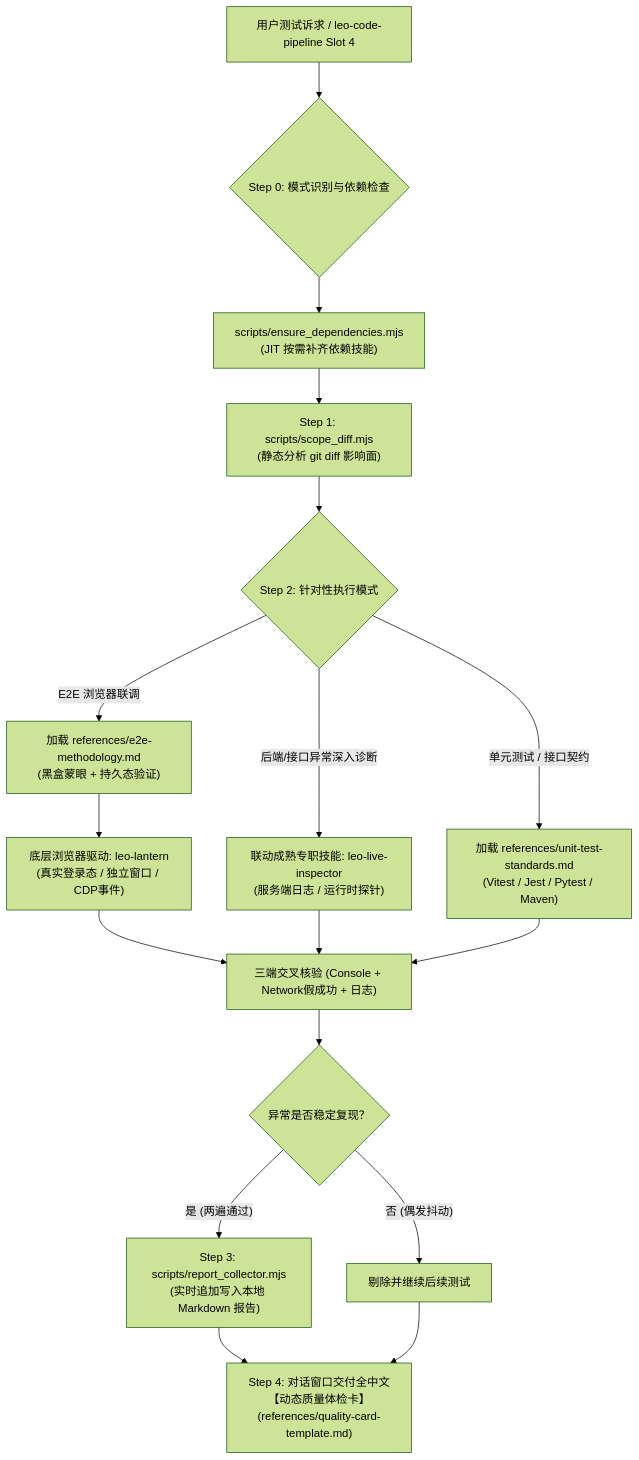
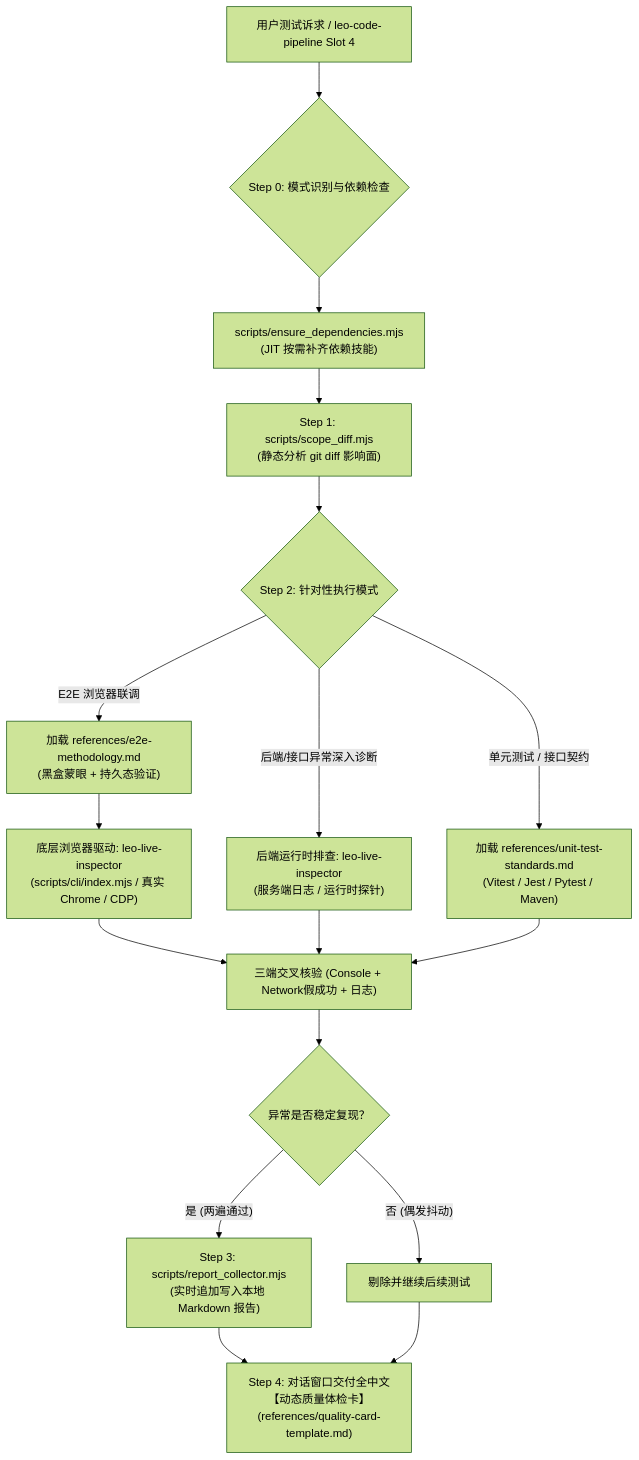
One commit to zlpawn/shrimp changed the diagram in lib/skills/leo-code-qa/SKILL.md. Above: the diagram before and after it, drawn with Mermaid (forest theme). The commit also changed other lines of this file and 5 other files, not shown here.

Commit message:
refactor(qa): consolidate browser E2E and backend diagnostics onto leo-live-inspector

````diff
--- a/lib/skills/leo-code-qa/SKILL.md
+++ b/lib/skills/leo-code-qa/SKILL.md
@@ -43,27 +43,27 @@
 ```mermaid
 flowchart TD
     User["用户测试诉求 / leo-code-pipeline Slot 4"] --> ModeRouter{"Step 0: 模式识别与依赖检查"}
     
     ModeRouter --> DepCheck["scripts/ensure_dependencies.mjs<br/>(JIT 按需补齐依赖技能)"]
     DepCheck --> Scope["Step 1: scripts/scope_diff.mjs<br/>(静态分析 git diff 影响面)"]
     
     Scope --> Exec{"Step 2: 针对性执行模式"}
     
     Exec -- "E2E 浏览器联调" --> E2ERunner["加载 references/e2e-methodology.md<br/>(黑盒蒙眼 + 持久态验证)"]
-    E2ERunner --> Lantern["底层浏览器驱动: leo-lantern<br/>(真实登录态 / 独立窗口 / CDP事件)"]
+    E2ERunner --> LiveBrowser["底层浏览器驱动: leo-live-inspector<br/>(scripts/cli/index.mjs / 真实 Chrome / CDP)"]
     
-    Exec -- "后端/接口异常深入诊断" --> LiveRunner["联动成熟专职技能: leo-live-inspector<br/>(服务端日志 / 运行时探针)"]
+    Exec -- "后端/接口异常深入诊断" --> LiveRunner["后端运行时排查: leo-live-inspector<br/>(服务端日志 / 运行时探针)"]
     
     Exec -- "单元测试 / 接口契约" --> UnitRunner["加载 references/unit-test-standards.md<br/>(Vitest / Jest / Pytest / Maven)"]
     
-    Lantern --> TripleCheck["三端交叉核验 (Console + Network假成功 + 日志)"]
+    LiveBrowser --> TripleCheck["三端交叉核验 (Console + Network假成功 + 日志)"]
     LiveRunner --> TripleCheck
     UnitRunner --> TripleCheck
     
     TripleCheck --> Repro{"异常是否稳定复现？"}
     Repro -- "是 (两遍通过)" --> Append["Step 3: scripts/report_collector.mjs<br/>(实时追加写入本地 Markdown 报告)"]
     Repro -- "否 (偶发抖动)" --> Discard["剔除并继续后续测试"]
     
     Append --> Delivery["Step 4: 对话窗口交付全中文【动态质量体检卡】<br/>(references/quality-card-template.md)"]
     Discard --> Delivery
 ```
````
